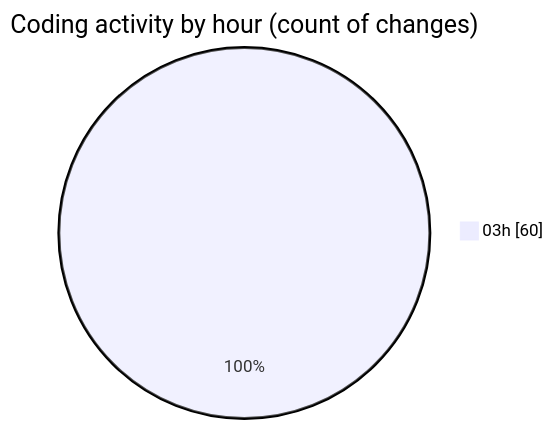
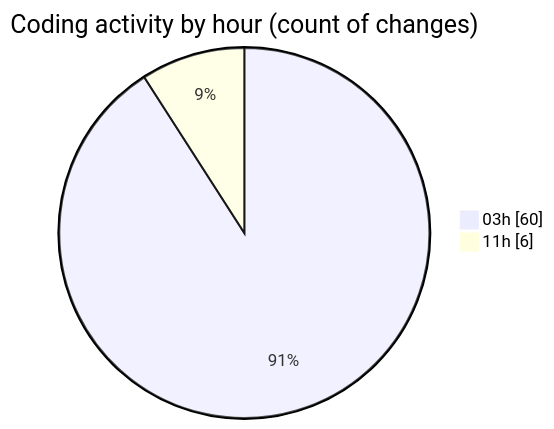
One commit to Ritupan-Deka/code-tracking changed the second of 2 diagrams in 2025-07-02/mern-thinkboard/README.md. Above: the diagram before and after it, drawn with Mermaid. The commit also changed other lines of this file and 1 other file, not shown here.

````diff
--- a/2025-07-02/mern-thinkboard/README.md
+++ b/2025-07-02/mern-thinkboard/README.md
@@ -31,5 +31,6 @@
 ```mermaid
 pie showData
 title Coding activity by hour (count of changes)
 "03h" : 60
+"11h" : 6
 ```
````
